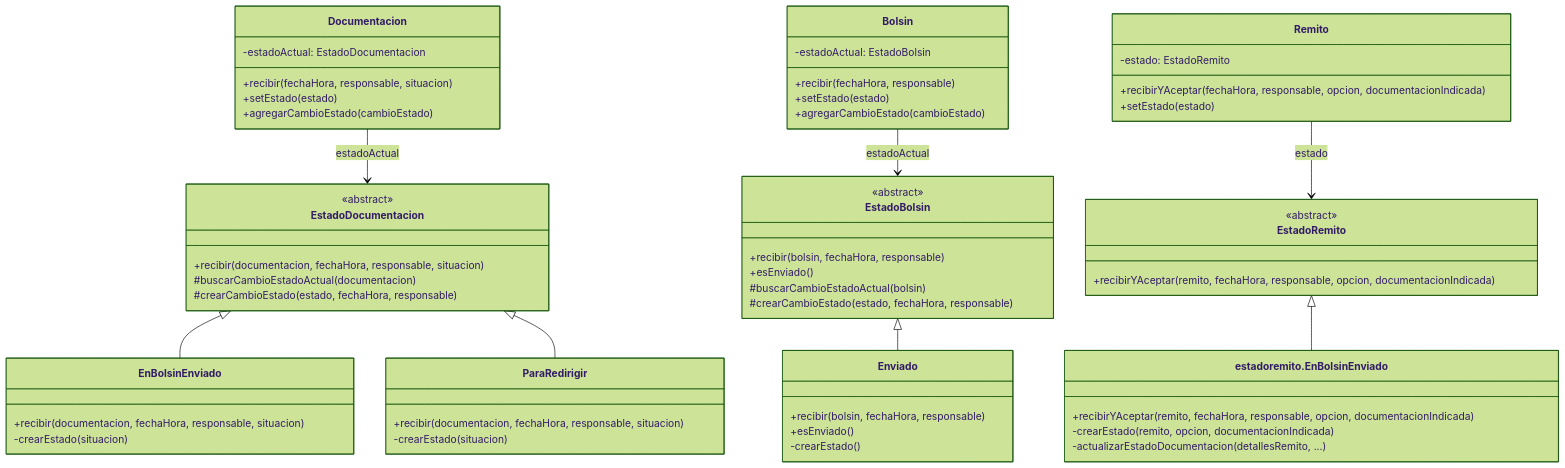
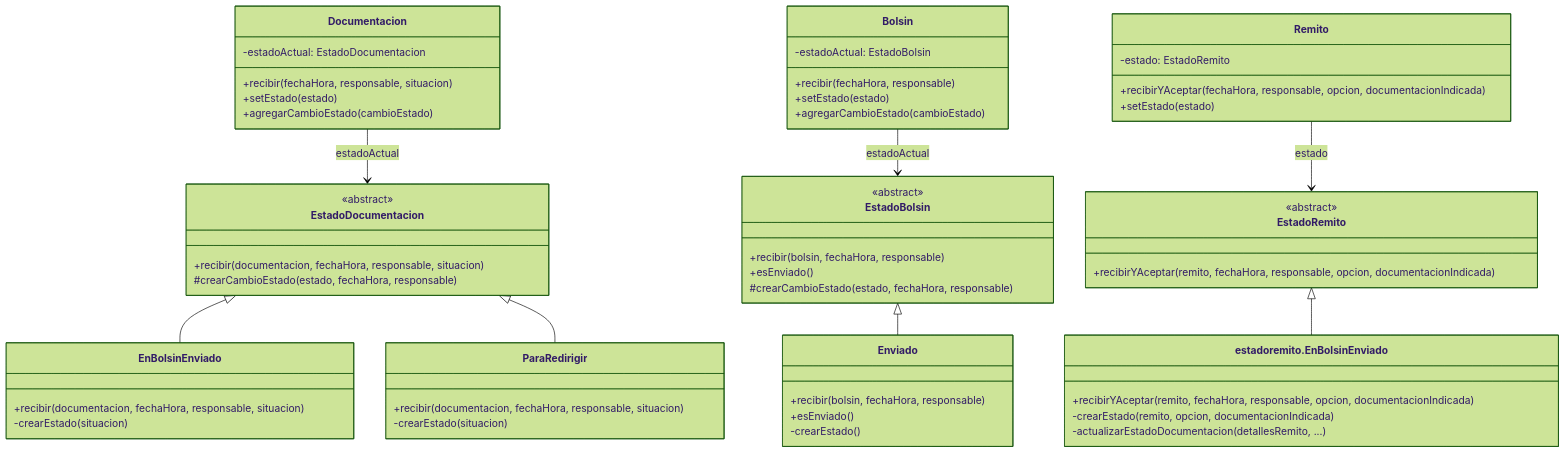
Before and after one commit to StefaNovaliere/DSI-PPAI: the diagram in README.md, drawn with Mermaid (forest theme). The commit also changed other lines of this file and 22 other files, not shown here.

First line of the commit message:
Diagrama de clases reducido, *sosActual() directo y detalles de implementación

````diff
--- a/README.md
+++ b/README.md
@@ -223,62 +226,60 @@
 ```mermaid
 classDiagram
     class Documentacion {
         -estadoActual: EstadoDocumentacion
         +recibir(fechaHora, responsable, situacion)
         +setEstado(estado)
         +agregarCambioEstado(cambioEstado)
     }
     class EstadoDocumentacion {
         <<abstract>>
         +recibir(documentacion, fechaHora, responsable, situacion)
-        #buscarCambioEstadoActual(documentacion)
         #crearCambioEstado(estado, fechaHora, responsable)
     }
     class EnBolsinEnviado {
         +recibir(documentacion, fechaHora, responsable, situacion)
         -crearEstado(situacion)
     }
     class ParaRedirigir {
         +recibir(documentacion, fechaHora, responsable, situacion)
         -crearEstado(situacion)
     }
     class Bolsin {
         -estadoActual: EstadoBolsin
         +recibir(fechaHora, responsable)
         +setEstado(estado)
         +agregarCambioEstado(cambioEstado)
     }
     class EstadoBolsin {
         <<abstract>>
         +recibir(bolsin, fechaHora, responsable)
         +esEnviado()
-        #buscarCambioEstadoActual(bolsin)
         #crearCambioEstado(estado, fechaHora, responsable)
     }
     class Enviado {
         +recibir(bolsin, fechaHora, responsable)
         +esEnviado()
         -crearEstado()
     }
     class Remito {
         -estado: EstadoRemito
         +recibirYAceptar(fechaHora, responsable, opcion, documentacionIndicada)
         +setEstado(estado)
     }
     class EstadoRemito {
         <<abstract>>
         +recibirYAceptar(remito, fechaHora, responsable, opcion, documentacionIndicada)
     }
     class EnBolsinEnviadoRemito["estadoremito.EnBolsinEnviado"] {
         +recibirYAceptar(remito, fechaHora, responsable, opcion, documentacionIndicada)
         -crearEstado(remito, opcion, documentacionIndicada)
         -actualizarEstadoDocumentacion(detallesRemito, ...)
     }
     Documentacion --> EstadoDocumentacion : estadoActual
     EstadoDocumentacion <|-- EnBolsinEnviado
     EstadoDocumentacion <|-- ParaRedirigir
     Bolsin --> EstadoBolsin : estadoActual
     EstadoBolsin <|-- Enviado
     Remito --> EstadoRemito : estado
     EstadoRemito <|-- EnBolsinEnviadoRemito
 ```
````
